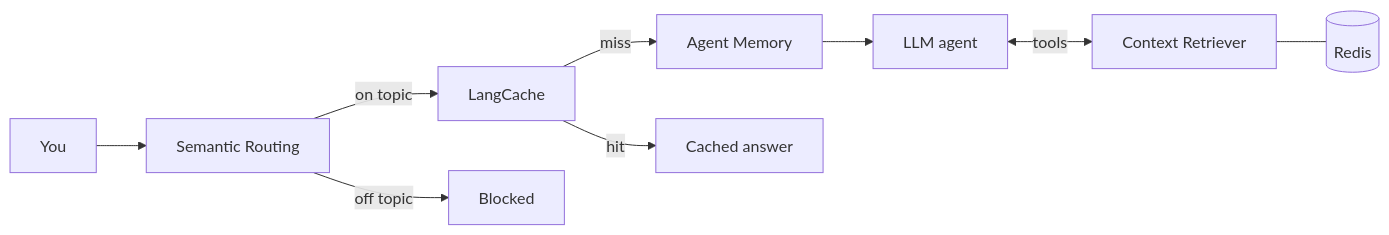
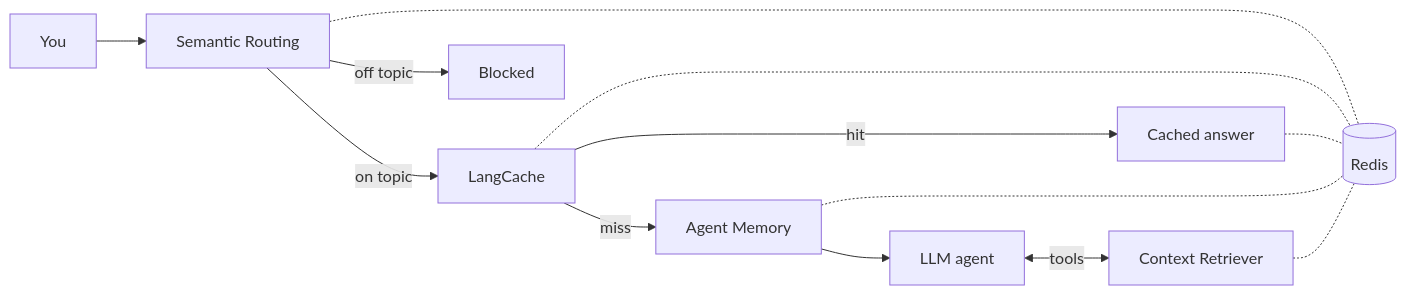
The diagram in docs/home.md (mattstieferman-redis/iris-workshop), drawn with Mermaid before and after one commit. The commit also changed other lines of this file, not shown here.

Commit message:
Docs: connect every pipeline stage to Redis in the architecture diagram
Semantic Routing, LangCache, the cached answer, Agent Memory and Context
Retriever all store their data in Redis.

````diff
--- a/docs/home.md
+++ b/docs/home.md
@@ -17,11 +17,15 @@
 ```mermaid
 graph LR
     U[You] --> G[Semantic Routing]
     G -->|on topic| C[LangCache]
+    G -->|off topic| X[Blocked]
+    C -->|hit| O[Cached answer]
     C -->|miss| M[Agent Memory]
     M --> A[LLM agent]
     A <-->|tools| R[Context Retriever]
-    R --- D[(Redis)]
-    G -->|off topic| X[Blocked]
-    C -->|hit| O[Cached answer]
+    G -.- D[(Redis)]
+    C -.- D
+    O -.- D
+    M -.- D
+    R -.- D
 ```
````
